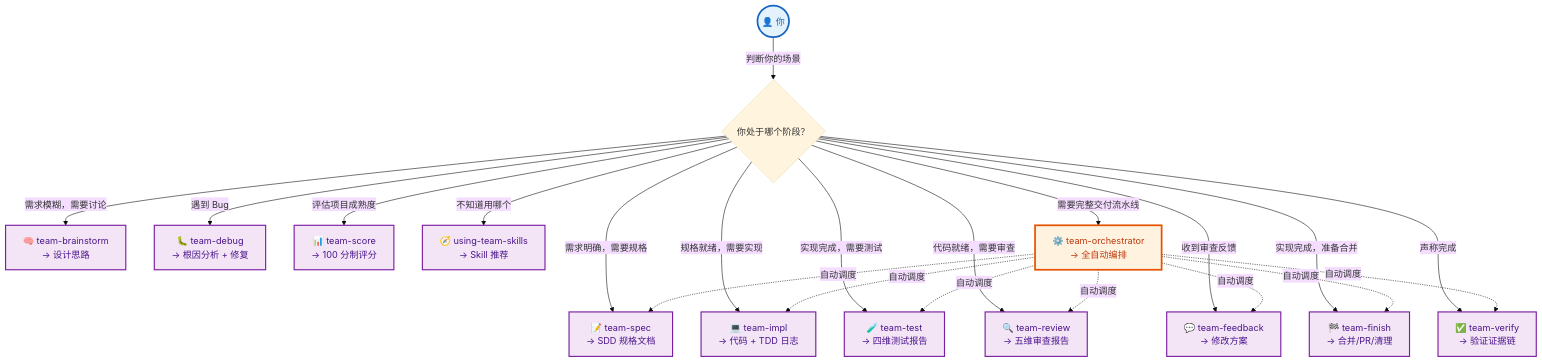
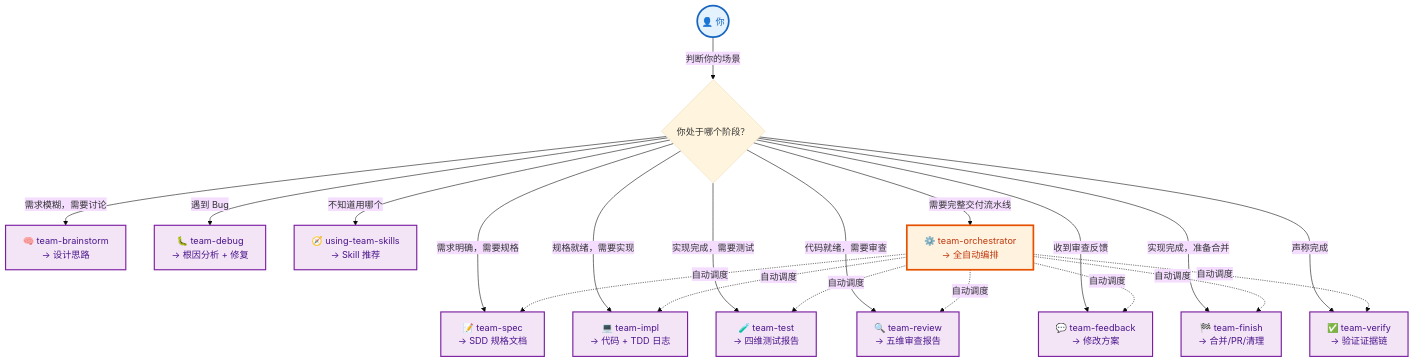
The second of 2 diagrams in README.md (andeya/team-skills), drawn with Mermaid (base theme) before and after one commit. The commit also changed other lines of this file and 8 other files, not shown here.

First line of the commit message:
feat: make team-score optional, hidden by default

````diff
--- a/README.md
+++ b/README.md
@@ -232,30 +225,29 @@
 ```mermaid
 graph TD
     classDef user fill:#e3f2fd,stroke:#1565c0,stroke-width:3px,color:#1565c0;
     classDef skill fill:#f3e5f5,stroke:#7b1fa2,stroke-width:2px,color:#4a148c;
     classDef orch fill:#fff3e0,stroke:#e65100,stroke-width:3px,color:#bf360c;
 
     YOU((👤 你)):::user
     YOU -->|"判断你的场景"| Q{你处于哪个阶段？}
 
     Q -->|"需求模糊，需要讨论"| BRAIN[🧠 team-brainstorm<br/>→ 设计思路]:::skill
     Q -->|"需求明确，需要规格"| SPEC[📝 team-spec<br/>→ SDD 规格文档]:::skill
     Q -->|"规格就绪，需要实现"| IMPL[💻 team-impl<br/>→ 代码 + TDD 日志]:::skill
     Q -->|"实现完成，需要测试"| TEST[🧪 team-test<br/>→ 四维测试报告]:::skill
     Q -->|"代码就绪，需要审查"| REVIEW[🔍 team-review<br/>→ 五维审查报告]:::skill
     Q -->|"收到审查反馈"| FB[💬 team-feedback<br/>→ 修改方案]:::skill
     Q -->|"遇到 Bug"| DEBUG[🐛 team-debug<br/>→ 根因分析 + 修复]:::skill
     Q -->|"实现完成，准备合并"| FINISH[🏁 team-finish<br/>→ 合并/PR/清理]:::skill
     Q -->|"声称完成"| VERIFY[✅ team-verify<br/>→ 验证证据链]:::skill
-    Q -->|"评估项目成熟度"| SCORE[📊 team-score<br/>→ 100 分制评分]:::skill
     Q -->|"不知道用哪个"| USING[🧭 using-team-skills<br/>→ Skill 推荐]:::skill
     Q -->|"需要完整交付流水线"| ORCH[⚙️ team-orchestrator<br/>→ 全自动编排]:::orch
 
     ORCH -.->|自动调度| SPEC
     ORCH -.->|自动调度| IMPL
     ORCH -.->|自动调度| TEST
     ORCH -.->|自动调度| REVIEW
     ORCH -.->|自动调度| FB
     ORCH -.->|自动调度| FINISH
     ORCH -.->|自动调度| VERIFY
 ```
````
